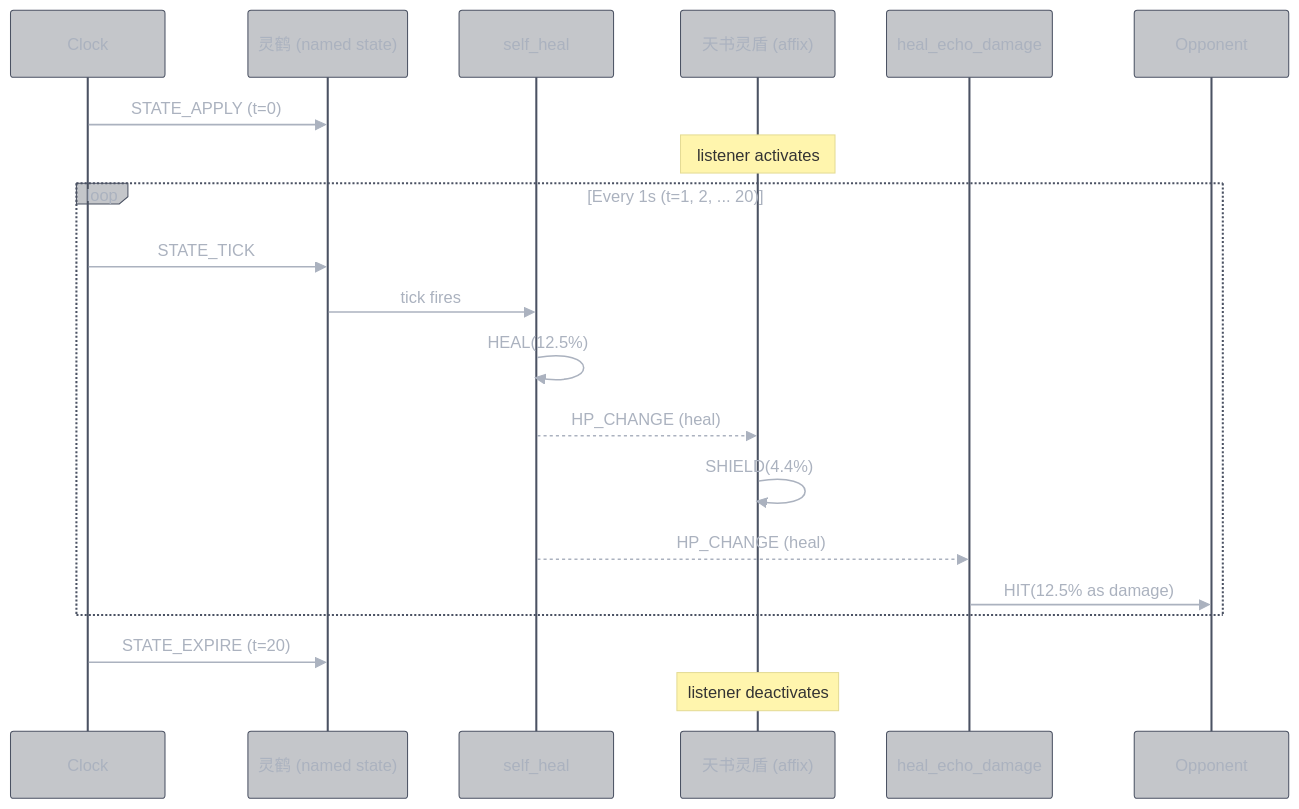
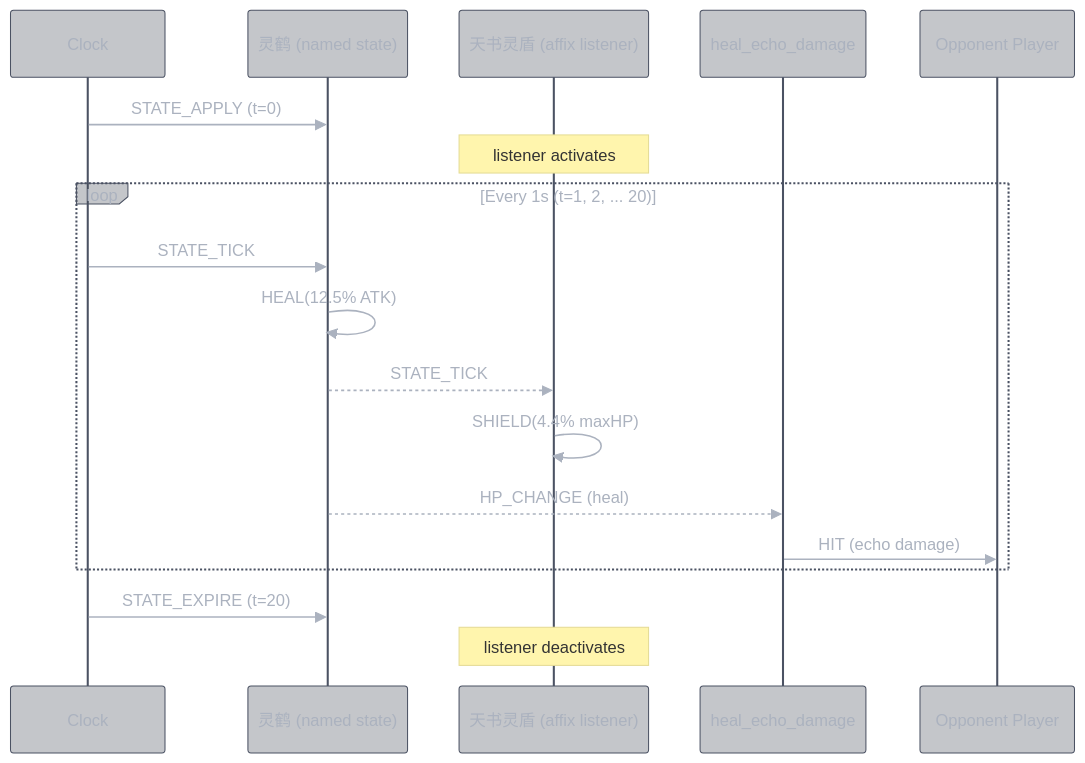
The second of 3 diagrams in docs/simulator/design.reactive.md (zhifengzhang-sz/divine-book), drawn with Mermaid before and after one commit. The commit also changed other lines of this file, not shown here.

````diff
--- a/docs/simulator/design.reactive.md
+++ b/docs/simulator/design.reactive.md
@@ -268,26 +190,24 @@
 ```mermaid
 %%{init: {'theme': 'base', 'themeVariables': {'primaryColor': '#3e44514D', 'primaryTextColor': '#abb2bf', 'primaryBorderColor': '#4b5263', 'lineColor': '#61afef', 'secondaryColor': '#2c313a4D', 'secondaryTextColor': '#abb2bf', 'secondaryBorderColor': '#4b5263', 'tertiaryColor': '#282c344D', 'mainBkg': '#3e44514D', 'nodeBorder': '#4b5263', 'clusterBkg': '#2c313a4D', 'clusterBorder': '#4b5263', 'titleColor': '#e5c07b', 'edgeLabelBackground': '#282c34', 'textColor': '#abb2bf', 'background': '#282c34'}}}%%
 sequenceDiagram
     participant Clock
     participant 灵鹤 as 灵鹤 (named state)
-    participant SH as self_heal
-    participant Shield as 天书灵盾 (affix)
+    participant Book as 天书灵盾 (affix listener)
     participant Echo as heal_echo_damage
-    participant Opp as Opponent
+    participant Opp as Opponent Player
 
     Clock->>灵鹤: STATE_APPLY (t=0)
-    Note over Shield: listener activates
+    Note over Book: listener activates
 
     loop Every 1s (t=1, 2, ... 20)
         Clock->>灵鹤: STATE_TICK
-        灵鹤->>SH: tick fires
-        SH->>SH: HEAL(12.5%)
-        SH-->>Shield: HP_CHANGE (heal)
-        Shield->>Shield: SHIELD(4.4%)
-        SH-->>Echo: HP_CHANGE (heal)
-        Echo->>Opp: HIT(12.5% as damage)
+        灵鹤->>灵鹤: HEAL(12.5% ATK)
+        灵鹤-->>Book: STATE_TICK
+        Book->>Book: SHIELD(4.4% maxHP)
+        灵鹤-->>Echo: HP_CHANGE (heal)
+        Echo->>Opp: HIT (echo damage)
     end
 
     Clock->>灵鹤: STATE_EXPIRE (t=20)
-    Note over Shield: listener deactivates
+    Note over Book: listener deactivates
 ```
````
